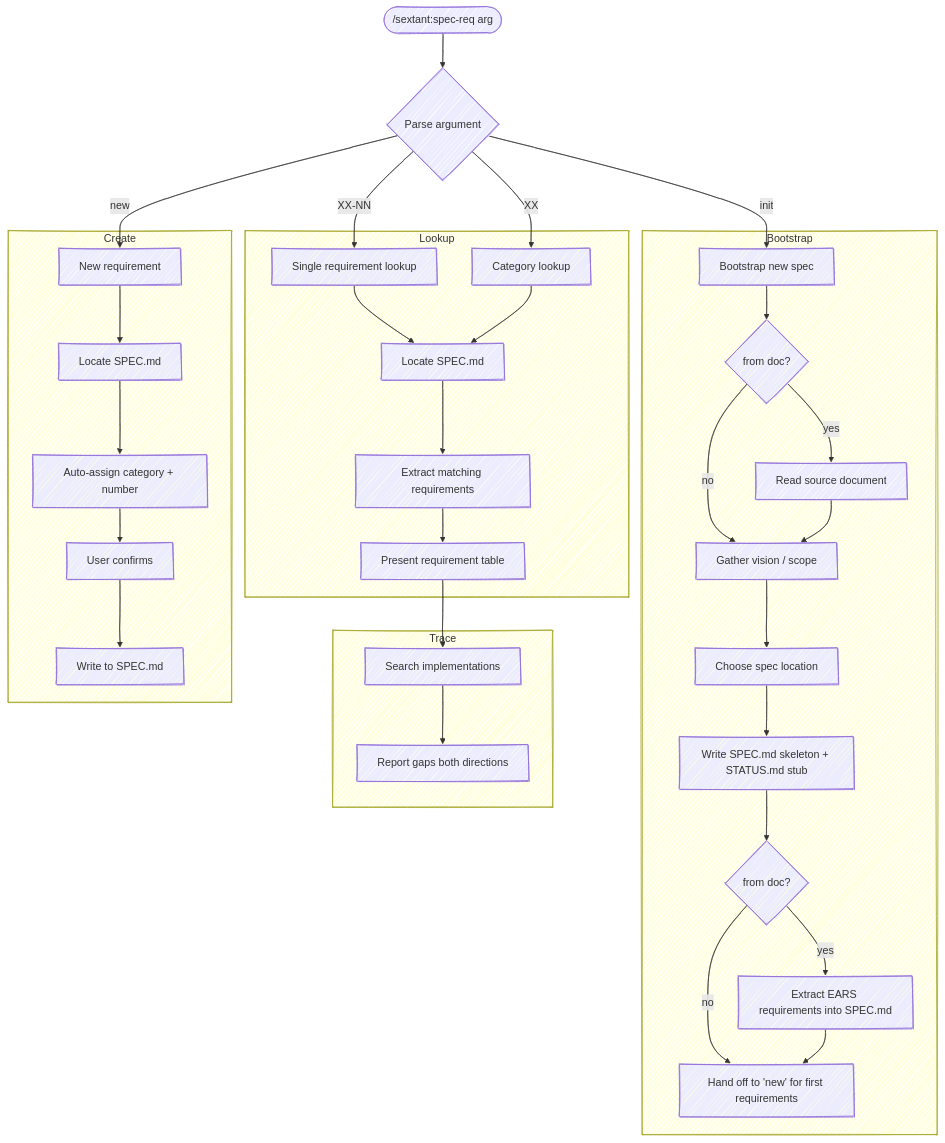
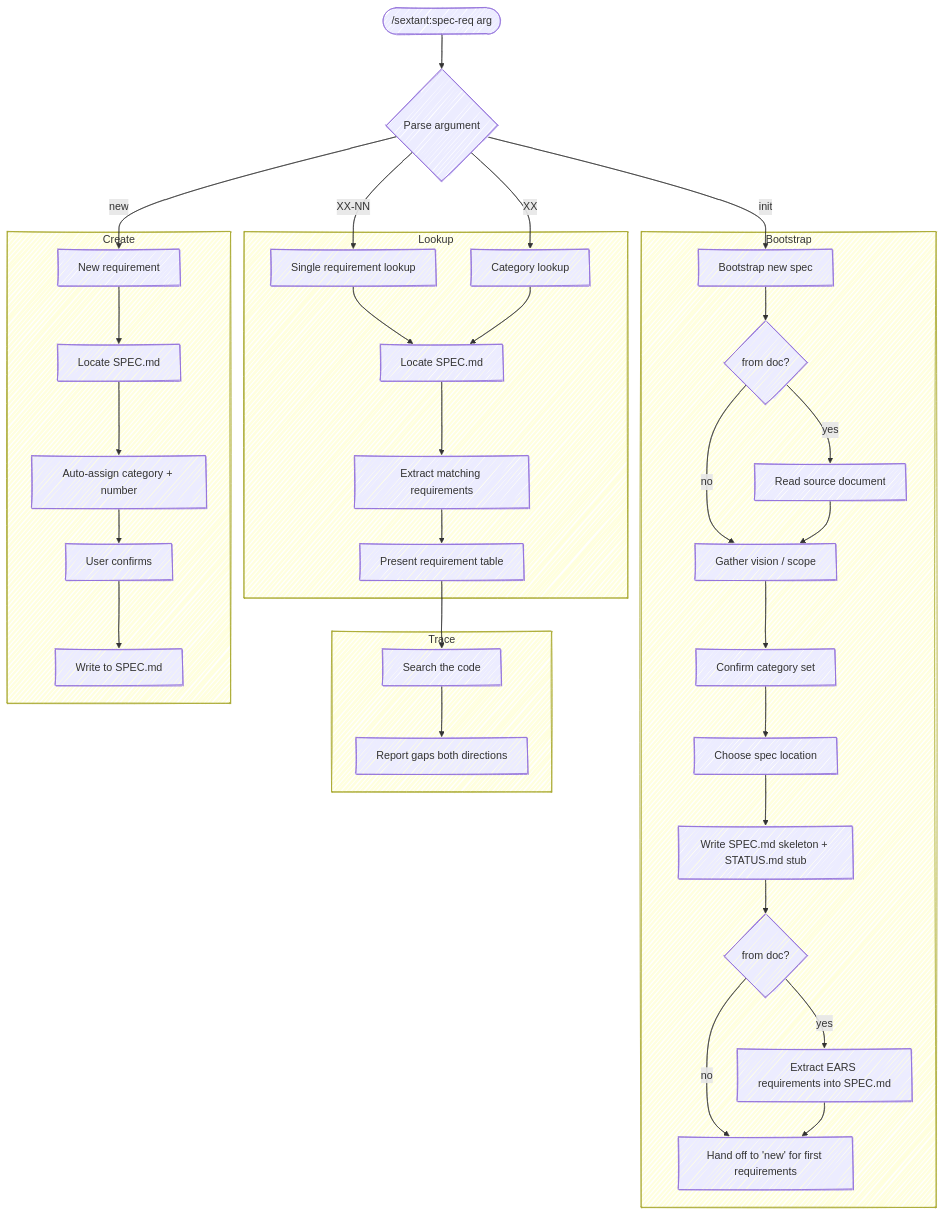
One commit to chris-peterson/sextant changed the diagram in skills/spec-req/SKILL.md. Above: the diagram before and after it, drawn with Mermaid. The commit also changed other lines of this file and 17 other files, not shown here.

````diff
--- a/skills/spec-req/SKILL.md
+++ b/skills/spec-req/SKILL.md
@@ -11,42 +11,43 @@
 ```mermaid
 %%{ init: { 'look': 'handDrawn' } }%%
 flowchart TD
     Start(["/sextant:spec-req arg"]) --> Parse
 
     Parse{"Parse argument"} -->|"XX-NN"| Single["Single requirement lookup"]
     Parse -->|"XX"| Category["Category lookup"]
     Parse -->|"new"| New["New requirement"]
     Parse -->|"init"| Init["Bootstrap new spec"]
 
     subgraph "Bootstrap"
         Init --> HasDoc{"from doc?"}
         HasDoc -->|"no"| Vision["Gather vision / scope"]
         HasDoc -->|"yes"| ReadDoc["Read source document"]
         ReadDoc --> Vision
-        Vision --> Location["Choose spec location"]
+        Vision --> Sections["Confirm category set"]
+        Sections --> Location["Choose spec location"]
         Location --> Scaffold["Write SPEC.md skeleton + STATUS.md stub"]
         Scaffold --> FromDoc{"from doc?"}
         FromDoc -->|"yes"| Populate["Extract EARS requirements into SPEC.md"]
         FromDoc -->|"no"| Handoff["Hand off to 'new' for first requirements"]
         Populate --> Handoff
     end
 
     subgraph "Lookup"
         Single --> FindSpec["Locate SPEC.md"]
         Category --> FindSpec
         FindSpec --> Extract["Extract matching requirements"]
         Extract --> Table["Present requirement table"]
     end
 
     subgraph "Trace"
-        Table --> Search["Search implementations"]
+        Table --> Search["Search the code"]
         Search --> Gaps["Report gaps both directions"]
     end
 
     subgraph "Create"
         New --> FindSpec2["Locate SPEC.md"]
         FindSpec2 --> Classify["Auto-assign category + number"]
         Classify --> Confirm["User confirms"]
         Confirm --> Write["Write to SPEC.md"]
     end
 ```
````
